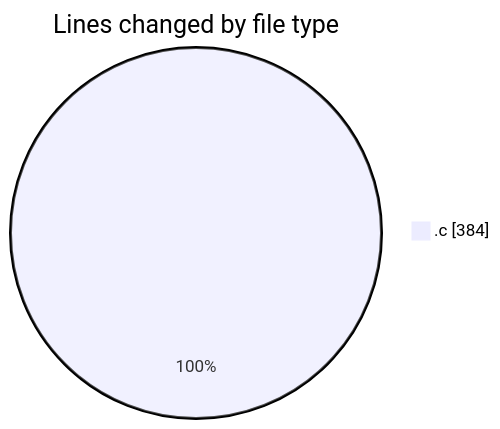
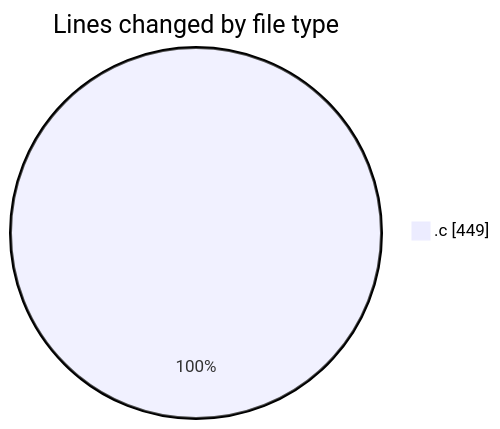
The first of 2 diagrams in 2026-03-17/week6/README.md (Unknowalive/code-tracking), drawn with Mermaid before and after one commit. The commit also changed other lines of this file and 1 other file, not shown here.

````diff
--- a/2026-03-17/week6/README.md
+++ b/2026-03-17/week6/README.md
@@ -21,5 +22,5 @@
 ```mermaid
 pie showData
 title Lines changed by file type
-".c" : 384
+".c" : 449
 ```
````
